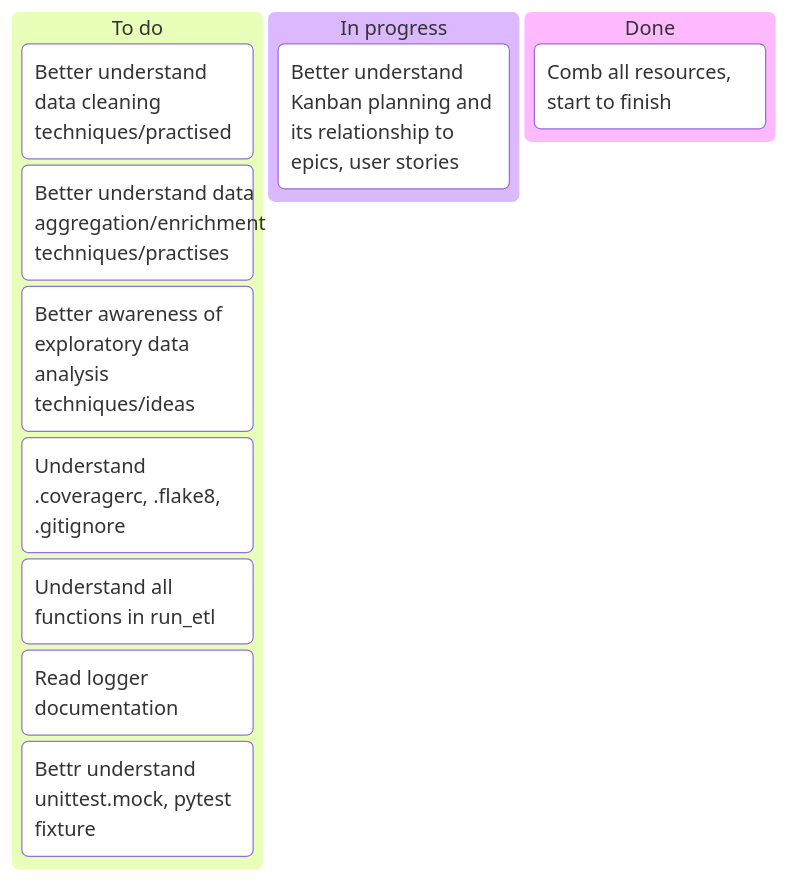
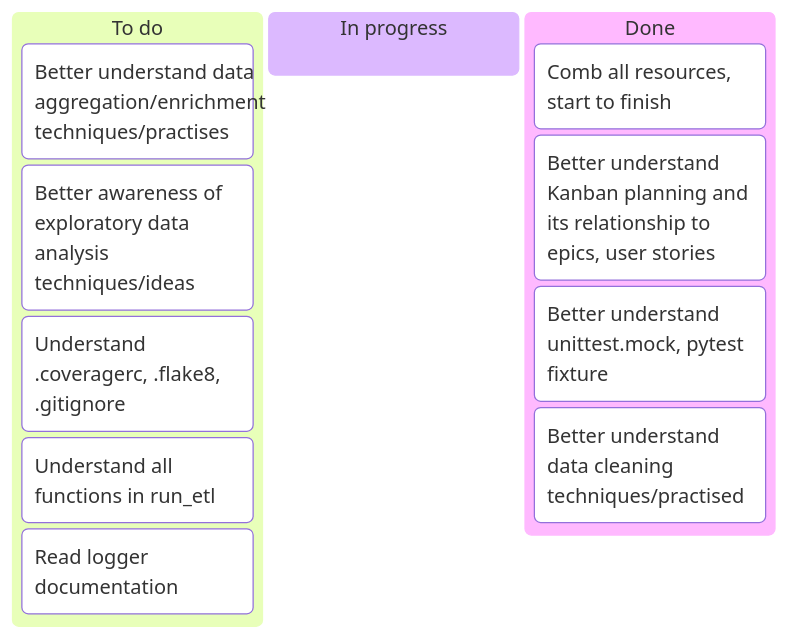
Before and after one commit to RonanD10/capstone-project: the second of 2 diagrams in docs/kanban.md, drawn with Mermaid. The commit also changed other lines of this file and 32 other files, not shown here.

Commit message:
Added data cleaning transformation

````diff
--- a/docs/kanban.md
+++ b/docs/kanban.md
@@ -25,19 +27,20 @@
 ```mermaid
 kanban
     To do 
-        Better understand data cleaning techniques/practised
+        
         Better understand data aggregation/enrichment techniques/practises
         Better awareness of exploratory data analysis techniques/ideas
         Understand .coveragerc, .flake8, .gitignore
         Understand all functions in run_etl 
         Read logger documentation
-        Bettr understand unittest.mock, pytest fixture 
         
     In progress  
         
-
-        Better understand Kanban planning and its relationship to epics, user stories
+        
 
     Done
         Comb all resources, start to finish
+        Better understand Kanban planning and its relationship to epics, user stories
+        Better understand unittest.mock, pytest fixture 
+        Better understand data cleaning techniques/practised
 ```
````
